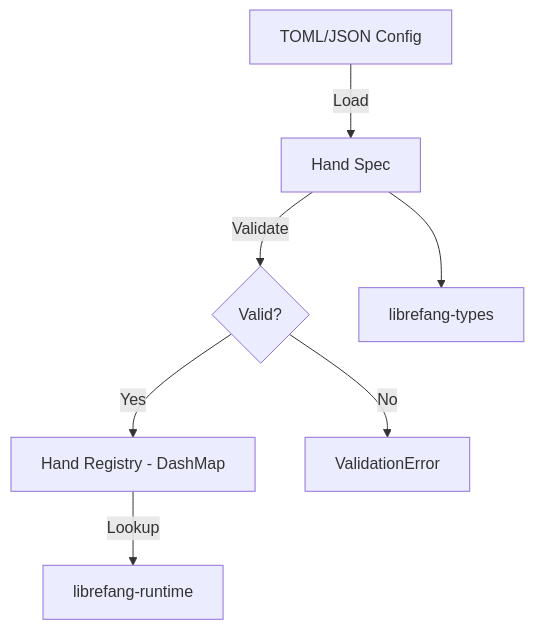
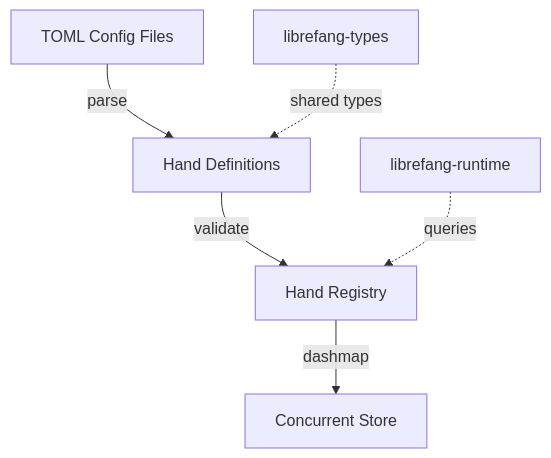
One commit to leszek3737/librefang-WIki changed the diagram in other-librefang-hands.md. Above: the diagram before and after it, drawn with Mermaid. The commit also changed other lines of this file and 100 other files, not shown here.

````diff
--- a/other-librefang-hands.md
+++ b/other-librefang-hands.md
@@ -20,9 +33,8 @@
 ```mermaid
 graph TD
-    A[TOML/JSON Config] -->|Load| B[Hand Spec]
-    B -->|Validate| C{Valid?}
-    C -->|Yes| D[Hand Registry - DashMap]
-    C -->|No| E[ValidationError]
-    D -->|Lookup| F[librefang-runtime]
-    B --> G[librefang-types]
+    A[TOML Config Files] -->|parse| B[Hand Definitions]
+    B -->|validate| C[Hand Registry]
+    C -->|dashmap| D[Concurrent Store]
+    E[librefang-runtime] -.->|queries| C
+    F[librefang-types] -.->|shared types| B
 ```
````
